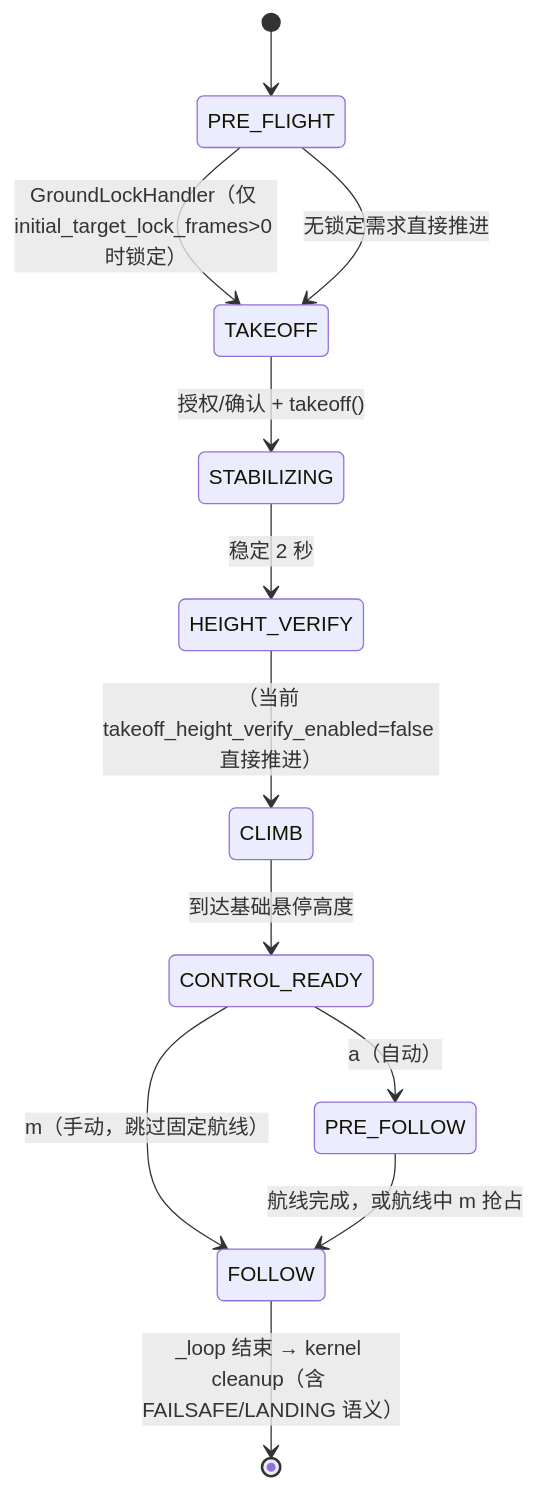
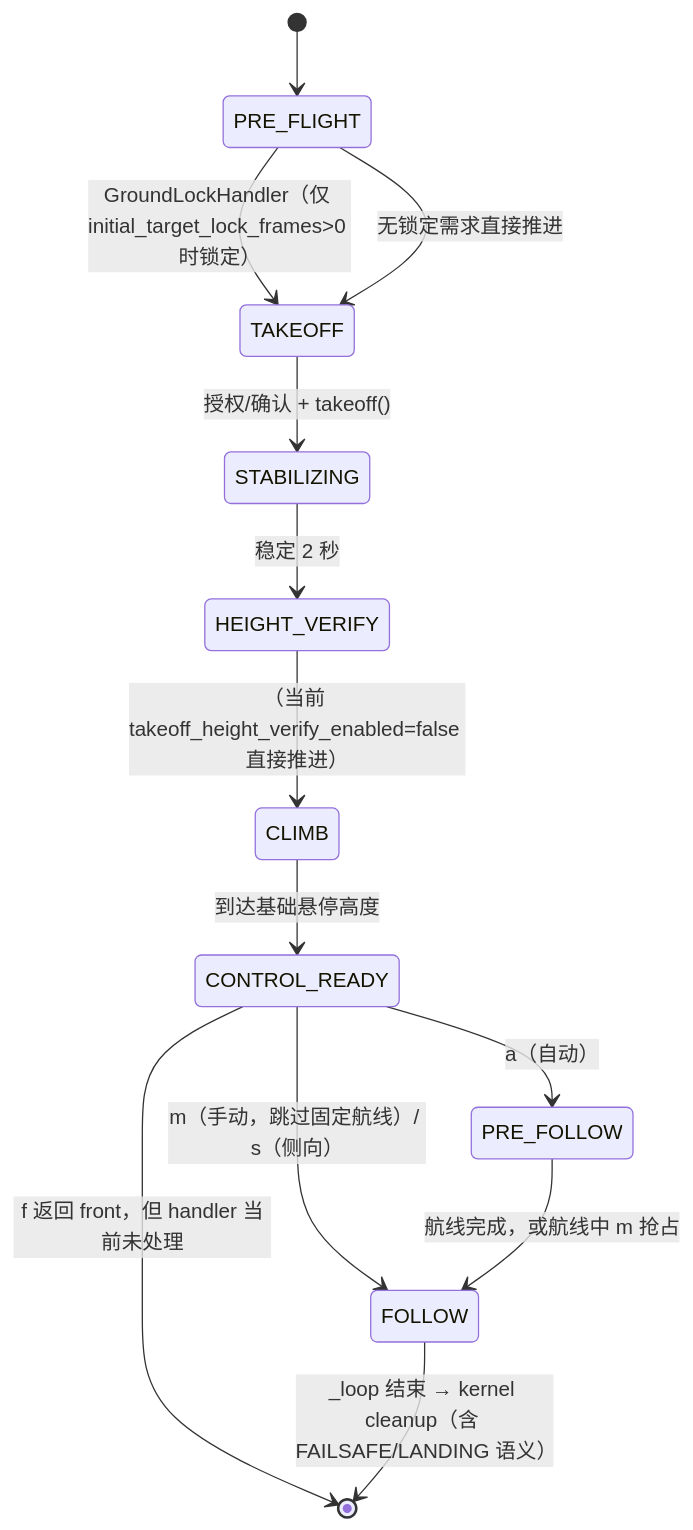
Before and after one commit to player-Muteki/PhantomFilmer: the second of 3 diagrams in docs/02-系统架构与生命周期.md, drawn with Mermaid. The commit also changed other lines of this file and 9 other files, not shown here.

````diff
--- a/docs/02-系统架构与生命周期.md
+++ b/docs/02-系统架构与生命周期.md
@@ -72,14 +97,15 @@
 ```mermaid
 stateDiagram-v2
     [*] --> PRE_FLIGHT
     PRE_FLIGHT --> TAKEOFF: GroundLockHandler（仅 initial_target_lock_frames>0 时锁定）
     PRE_FLIGHT --> TAKEOFF: 无锁定需求直接推进
     TAKEOFF --> STABILIZING: 授权/确认 + takeoff()
     STABILIZING --> HEIGHT_VERIFY: 稳定 2 秒
     HEIGHT_VERIFY --> CLIMB: （当前 takeoff_height_verify_enabled=false 直接推进）
     CLIMB --> CONTROL_READY: 到达基础悬停高度
-    CONTROL_READY --> FOLLOW: m（手动，跳过固定航线）
+    CONTROL_READY --> FOLLOW: m（手动，跳过固定航线）/ s（侧向）
     CONTROL_READY --> PRE_FOLLOW: a（自动）
+    CONTROL_READY --> [*]: f 返回 front，但 handler 当前未处理
     PRE_FOLLOW --> FOLLOW: 航线完成，或航线中 m 抢占
     FOLLOW --> [*]: _loop 结束 → kernel cleanup（含 FAILSAFE/LANDING 语义）
 ```
````
